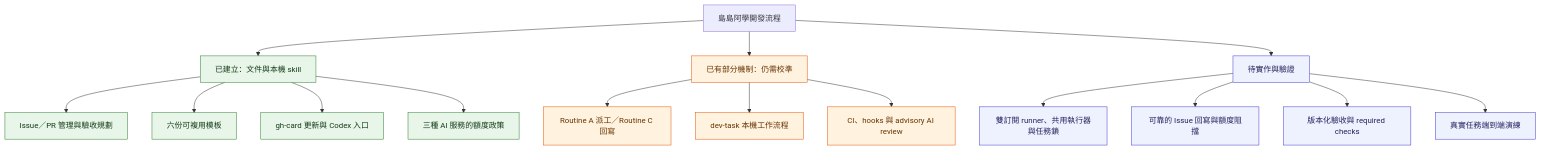
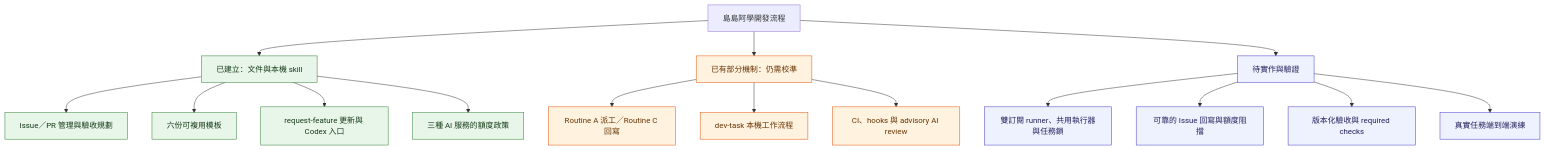
One commit to daodaoedu/daodao changed the first of 7 diagrams in docs/automation/development-workflow-diagrams.md. Above: the diagram before and after it, drawn with Mermaid. The commit also changed other lines of this file and 79 other files, not shown here.

````diff
--- a/docs/automation/development-workflow-diagrams.md
+++ b/docs/automation/development-workflow-diagrams.md
@@ -16,28 +16,28 @@
 ```mermaid
 flowchart TB
     ROOT["島島阿學開發流程"]
     ROOT --> DOC["已建立：文件與本機 skill"]
     ROOT --> OLD["已有部分機制：仍需校準"]
     ROOT --> TODO["待實作與驗證"]
 
     DOC --> D1["Issue／PR 管理與驗收規劃"]
     DOC --> D2["六份可複用模板"]
-    DOC --> D3["gh-card 更新與 Codex 入口"]
+    DOC --> D3["request-feature 更新與 Codex 入口"]
     DOC --> D4["三種 AI 服務的額度政策"]
 
     OLD --> O1["Routine A 派工／Routine C 回寫"]
     OLD --> O2["dev-task 本機工作流程"]
     OLD --> O3["CI、hooks 與 advisory AI review"]
 
     TODO --> T1["雙訂閱 runner、共用執行器與任務鎖"]
     TODO --> T2["可靠的 Issue 回寫與額度阻擋"]
     TODO --> T3["版本化驗收與 required checks"]
     TODO --> T4["真實任務端到端演練"]
 
     classDef documented fill:#e8f5e9,stroke:#2e7d32,color:#163c19;
     classDef partial fill:#fff3e0,stroke:#e65100,color:#663300;
     classDef planned fill:#eef2ff,stroke:#4338ca,color:#24205b;
     class DOC,D1,D2,D3,D4 documented;
     class OLD,O1,O2,O3 partial;
     class TODO,T1,T2,T3,T4 planned;
 ```
````
